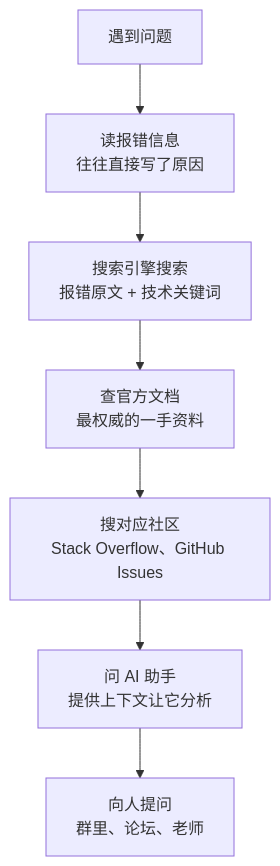
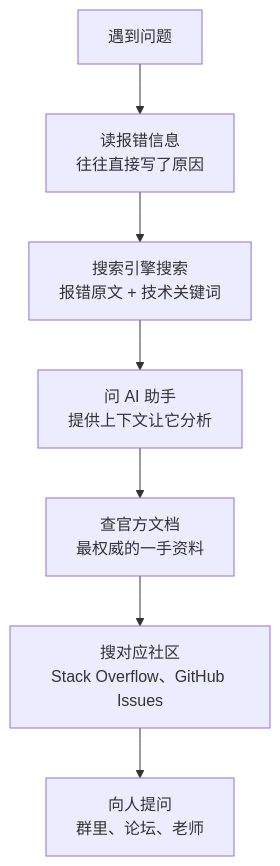
One commit to SSJ-ZYJ/Neoverse-Doc changed the diagram in content/docs/zh/ch1/1.5-Asking-Questions.mdx. Above: the diagram before and after it, drawn with Mermaid. The commit also changed other lines of this file and 1 other file, not shown here.

````diff
--- a/content/docs/zh/ch1/1.5-Asking-Questions.mdx
+++ b/content/docs/zh/ch1/1.5-Asking-Questions.mdx
@@ -37,9 +39,9 @@
 ```mermaid
 flowchart TD
     A[遇到问题] --> B[读报错信息<br/>往往直接写了原因]
     B --> C[搜索引擎搜索<br/>报错原文 + 技术关键词]
-    C --> D[查官方文档<br/>最权威的一手资料]
-    D --> E[搜对应社区<br/>Stack Overflow、GitHub Issues]
-    E --> F[问 AI 助手<br/>提供上下文让它分析]
+    C --> D[问 AI 助手<br/>提供上下文让它分析]
+    D --> E[查官方文档<br/>最权威的一手资料]
+    E --> F[搜对应社区<br/>Stack Overflow、GitHub Issues]
     F --> G[向人提问<br/>群里、论坛、老师]
 ```
````
